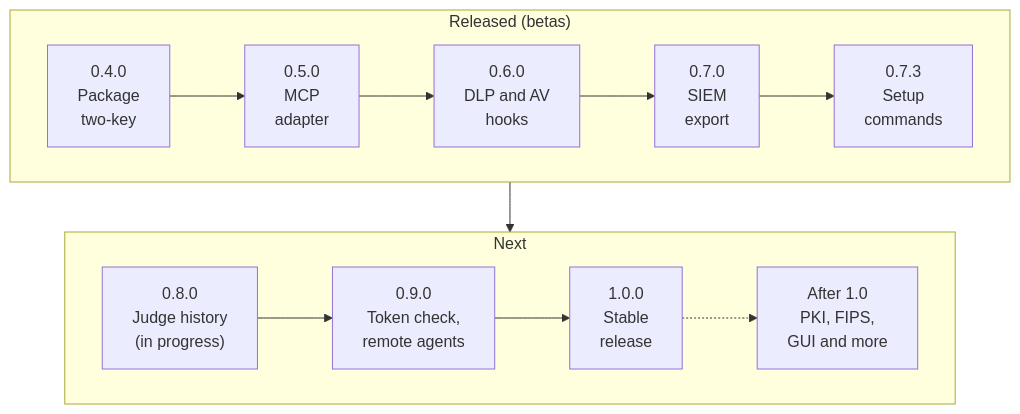
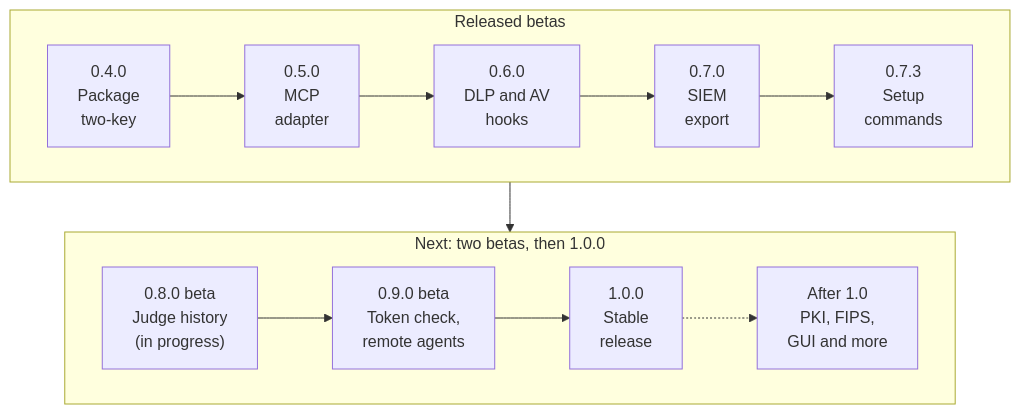
One commit to Insomniac-VibeLabs/two-key changed the diagram in ROADMAP.md. Above: the diagram before and after it, drawn with Mermaid. The commit also changed 3 other files, not shown here.

First line of the commit message:
README: MCP proxy diagram top to bottom so labels do not overlap; 0.8.0 and 0.9.0 marked as betas

````diff
--- a/ROADMAP.md
+++ b/ROADMAP.md
@@ -42,12 +42,12 @@
 ```mermaid
 flowchart TD
-  subgraph done["Released (betas)"]
+  subgraph done["Released betas"]
     direction LR
     r04["0.4.0<br/>Package<br/>two-key"] --> r05["0.5.0<br/>MCP<br/>adapter"] --> r06["0.6.0<br/>DLP and AV<br/>hooks"] --> r07["0.7.0<br/>SIEM<br/>export"] --> r073["0.7.3<br/>Setup<br/>commands"]
   end
-  subgraph next["Next"]
+  subgraph next["Next: two betas, then 1.0.0"]
     direction LR
-    r08["0.8.0<br/>Judge history<br/>(in progress)"] --> r09["0.9.0<br/>Token check,<br/>remote agents"] --> r10["1.0.0<br/>Stable<br/>release"] -.-> after["After 1.0<br/>PKI, FIPS,<br/>GUI and more"]
+    r08["0.8.0 beta<br/>Judge history<br/>(in progress)"] --> r09["0.9.0 beta<br/>Token check,<br/>remote agents"] --> r10["1.0.0<br/>Stable<br/>release"] -.-> after["After 1.0<br/>PKI, FIPS,<br/>GUI and more"]
   end
   done --> next
 ```
````
